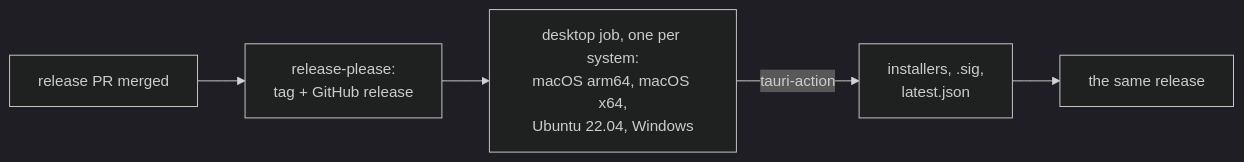
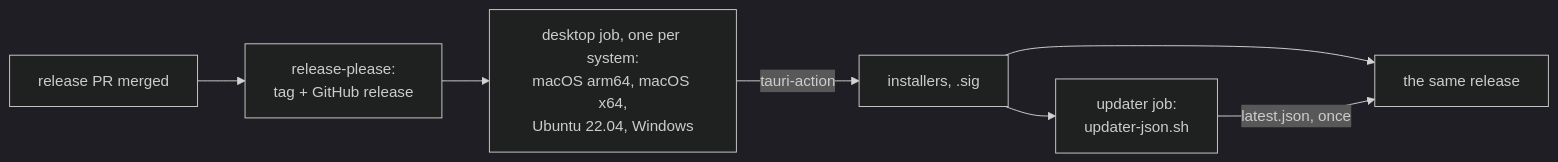
Diagram 11 of 11 in docs/desktop.md (kqesar/alltp-tracker), drawn with Mermaid (dark theme) before and after one commit. The commit also changed other lines of this file and 3 other files, not shown here.

First line of the commit message:
ci(desktop): write latest.json once, after every build (#345)

````diff
--- a/docs/desktop.md
+++ b/docs/desktop.md
@@ -566,7 +566,9 @@
 ```mermaid
 flowchart LR
   merge["release PR merged"] --> rp["release-please:<br/>tag + GitHub release"]
   rp --> matrix["desktop job, one per system:<br/>macOS arm64, macOS x64,<br/>Ubuntu 22.04, Windows"]
-  matrix -->|tauri-action| assets["installers, .sig,<br/>latest.json"]
+  matrix -->|tauri-action| assets["installers, .sig"]
   assets --> rel["the same release"]
+  assets --> updater["updater job:<br/>updater-json.sh"]
+  updater -->|"latest.json, once"| rel
 ```
````
